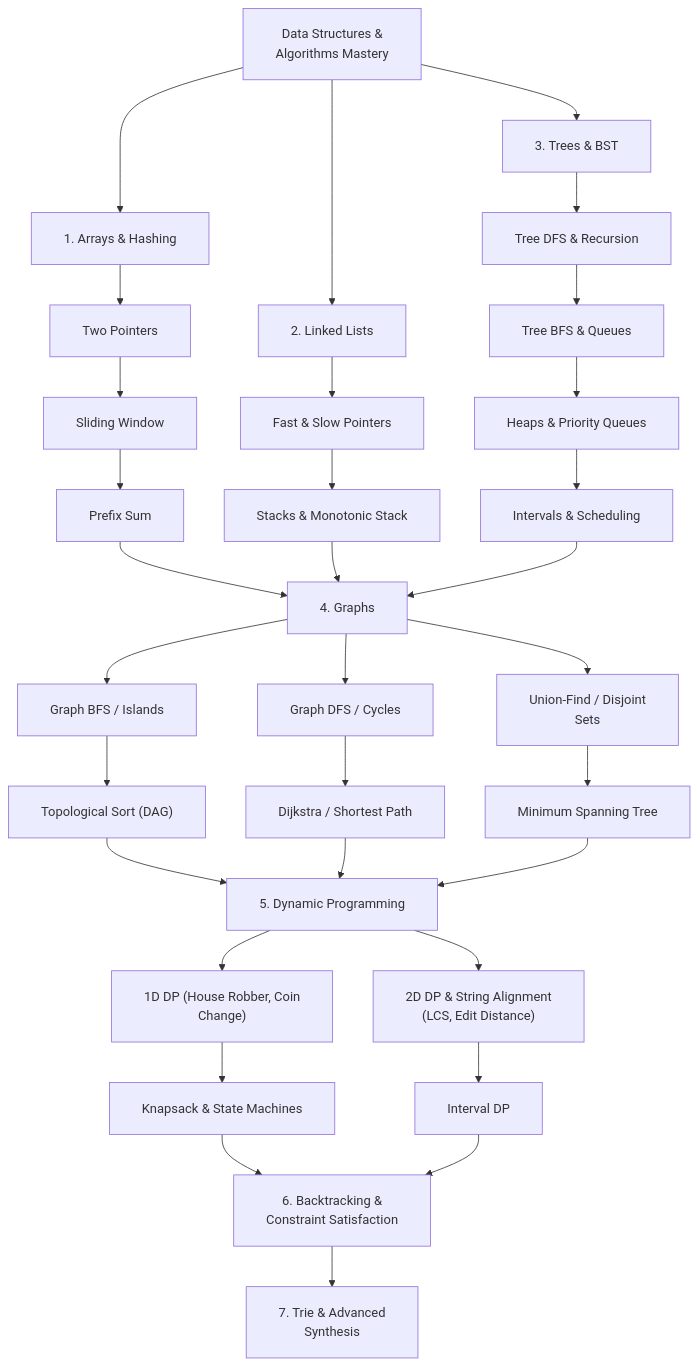
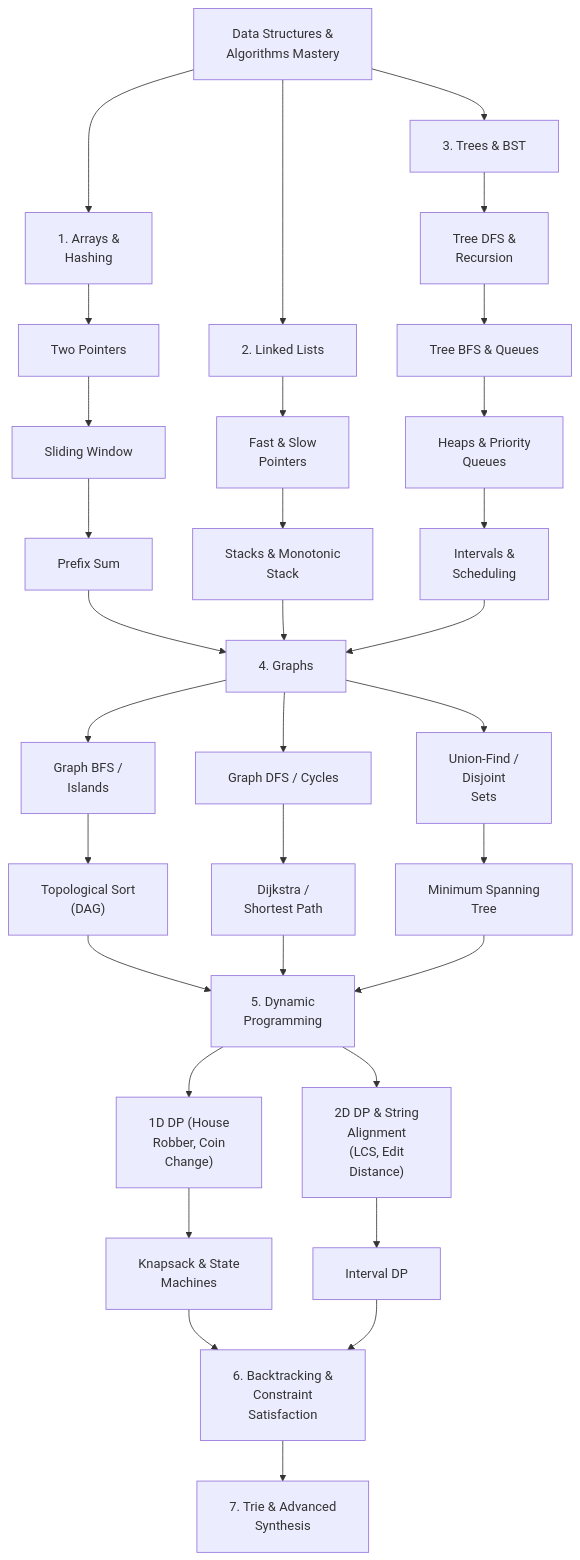
Before and after one commit to dip4k/DSA_102: diagram 13 of 19 in Senior_dsa_question_list.md, drawn with Mermaid. The commit also changed other lines of this file and 106 other files, not shown here.

First line of the commit message:
fix(mermaid): prevent text clipping with foreignObject overflow and tighter line wrapping

````diff
--- a/Senior_dsa_question_list.md
+++ b/Senior_dsa_question_list.md
@@ -933,47 +933,47 @@
 ```mermaid
-%%{init: {"flowchart": {"htmlLabels": true, "padding": 20}}}%%
+%%{init: {"flowchart": {"htmlLabels": true, "padding": 20}, "themeCSS": "foreignObject { overflow: visible !important; }"}}%%
 graph TD
     DSA["Data Structures &<br/>Algorithms Mastery"]
     
-    DSA --> Arrays["1. Arrays & Hashing"]
+    DSA --> Arrays["1. Arrays &<br/>Hashing"]
     DSA --> Lists["2. Linked Lists"]
     DSA --> Trees["3. Trees & BST"]
     
     Arrays --> TwoPointers["Two Pointers"]
     TwoPointers --> SlidingWindow["Sliding Window"]
     SlidingWindow --> PrefixSum["Prefix Sum"]
     
-    Lists --> FastSlow["Fast & Slow Pointers"]
-    FastSlow --> Stacks["Stacks & Monotonic Stack"]
+    Lists --> FastSlow["Fast & Slow<br/>Pointers"]
+    FastSlow --> Stacks["Stacks & Monotonic<br/>Stack"]
     
-    Trees --> TreeDFS["Tree DFS & Recursion"]
+    Trees --> TreeDFS["Tree DFS &<br/>Recursion"]
     TreeDFS --> TreeBFS["Tree BFS & Queues"]
-    TreeBFS --> Heaps["Heaps & Priority Queues"]
-    Heaps --> Intervals["Intervals & Scheduling"]
+    TreeBFS --> Heaps["Heaps & Priority<br/>Queues"]
+    Heaps --> Intervals["Intervals &<br/>Scheduling"]
     
     PrefixSum --> Graphs["4. Graphs"]
     Stacks --> Graphs
     Intervals --> Graphs
     
-    Graphs --> GraphBFS["Graph BFS / Islands"]
+    Graphs --> GraphBFS["Graph BFS /<br/>Islands"]
     Graphs --> GraphDFS["Graph DFS / Cycles"]
-    Graphs --> UnionFind["Union-Find / Disjoint<br/>Sets"]
+    Graphs --> UnionFind["Union-Find /<br/>Disjoint<br/>Sets"]
     
-    GraphBFS --> Topo["Topological Sort (DAG)"]
-    GraphDFS --> ShortestPath["Dijkstra / Shortest Path"]
-    UnionFind --> MST["Minimum Spanning Tree"]
+    GraphBFS --> Topo["Topological Sort<br/>(DAG)"]
+    GraphDFS --> ShortestPath["Dijkstra /<br/>Shortest Path"]
+    UnionFind --> MST["Minimum Spanning<br/>Tree"]
     
-    Topo --> DP["5. Dynamic Programming"]
+    Topo --> DP["5. Dynamic<br/>Programming"]
     ShortestPath --> DP
     MST --> DP
     
-    DP --> DP1D["1D DP (House Robber, Coin<br/>Change)"]
-    DP --> DP2D["2D DP & String Alignment<br/>(LCS, Edit Distance)"]
-    DP1D --> Knapsack["Knapsack & State Machines"]
+    DP --> DP1D["1D DP (House<br/>Robber, Coin<br/>Change)"]
+    DP --> DP2D["2D DP & String<br/>Alignment<br/>(LCS, Edit<br/>Distance)"]
+    DP1D --> Knapsack["Knapsack & State<br/>Machines"]
     DP2D --> IntervalDP["Interval DP"]
     
-    Knapsack --> Backtracking["6. Backtracking &<br/>Constraint Satisfaction"]
+    Knapsack --> Backtracking["6. Backtracking &<br/>Constraint<br/>Satisfaction"]
     IntervalDP --> Backtracking
     
     Backtracking --> Trie["7. Trie & Advanced<br/>Synthesis"]
 ```
````
